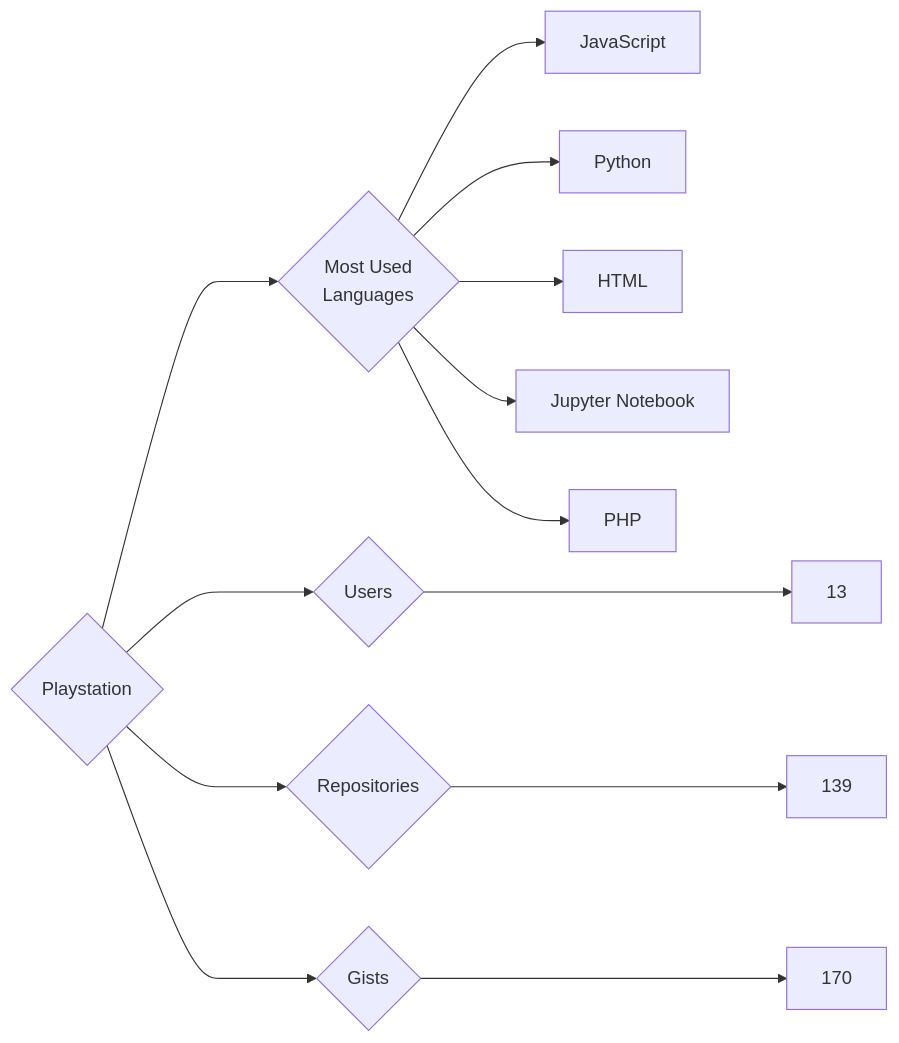
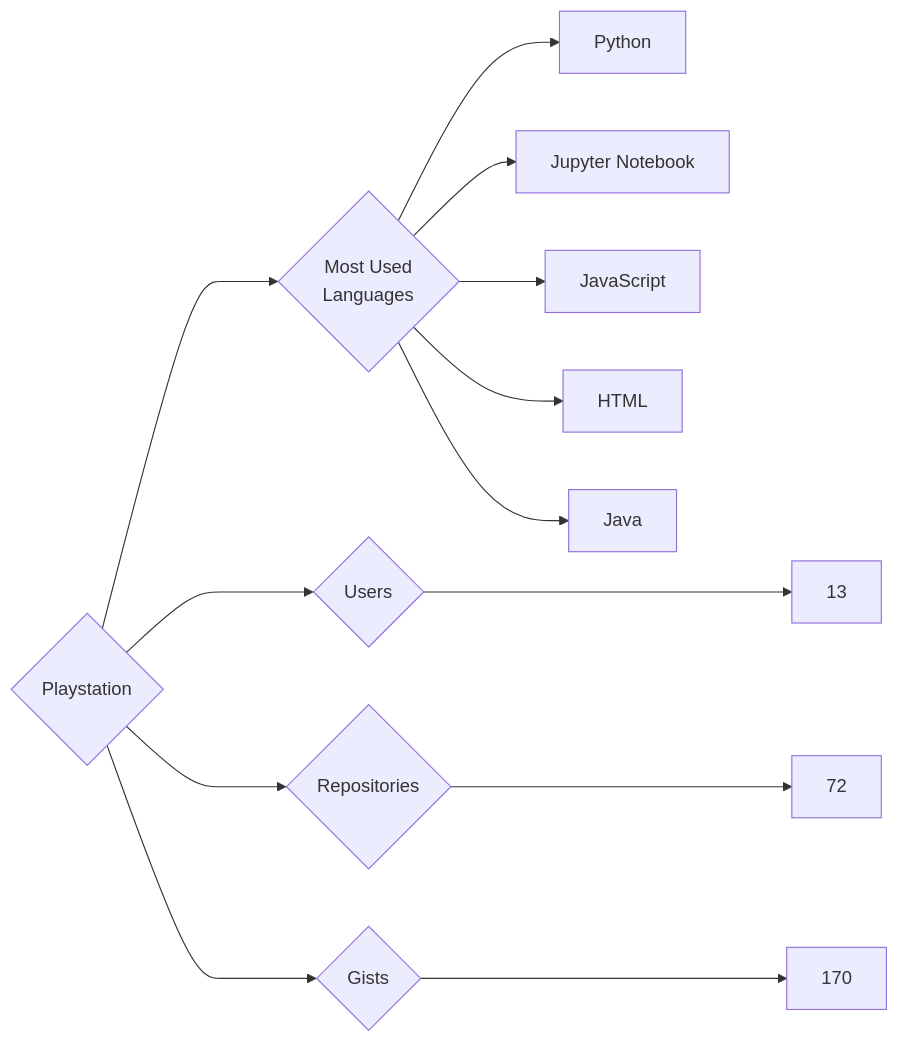
The diagram in targets/Playstation/README.md (trickest/insiders), drawn with Mermaid before and after one commit. The commit also changed 681 other files, not shown here.

````diff
--- a/targets/Playstation/README.md
+++ b/targets/Playstation/README.md
@@ -3,13 +3,13 @@
 ```mermaid
 graph LR
 COMPANY_NAME{Playstation}
 COMPANY_NAME ---> U{Users} ---> UN[13]
-COMPANY_NAME ---> R{Repositories} ---> RN[139]
+COMPANY_NAME ---> R{Repositories} ---> RN[72]
 COMPANY_NAME ---> G{Gists} ---> GN[170]
 COMPANY_NAME ---> ML{Most Used<br>Languages}
+ML --> Python[Python]
+ML --> Jupyter_Notebook[Jupyter Notebook]
 ML --> JavaScript[JavaScript]
-ML --> Python[Python]
 ML --> HTML[HTML]
-ML --> Jupyter_Notebook[Jupyter Notebook]
-ML --> PHP[PHP]
+ML --> Java[Java]
 ```
````
